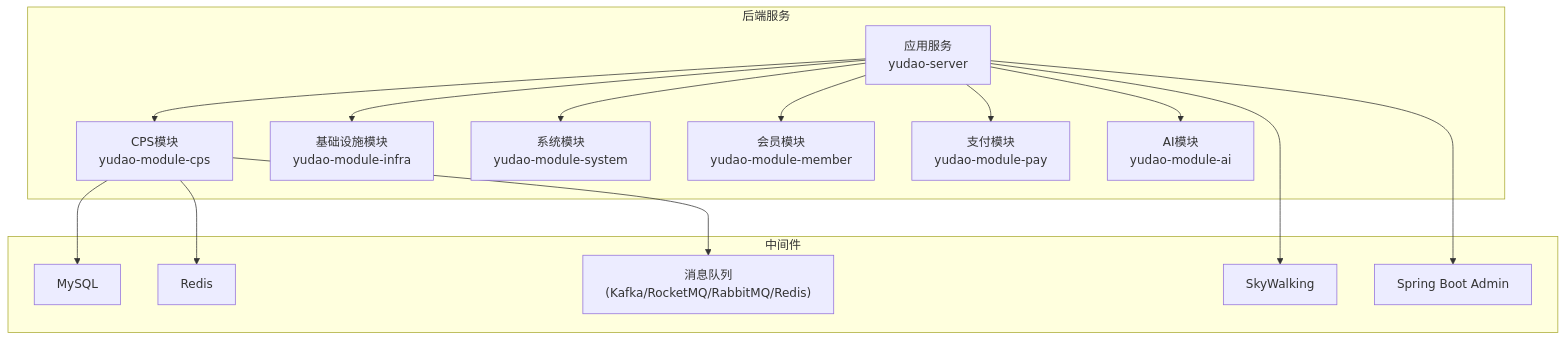
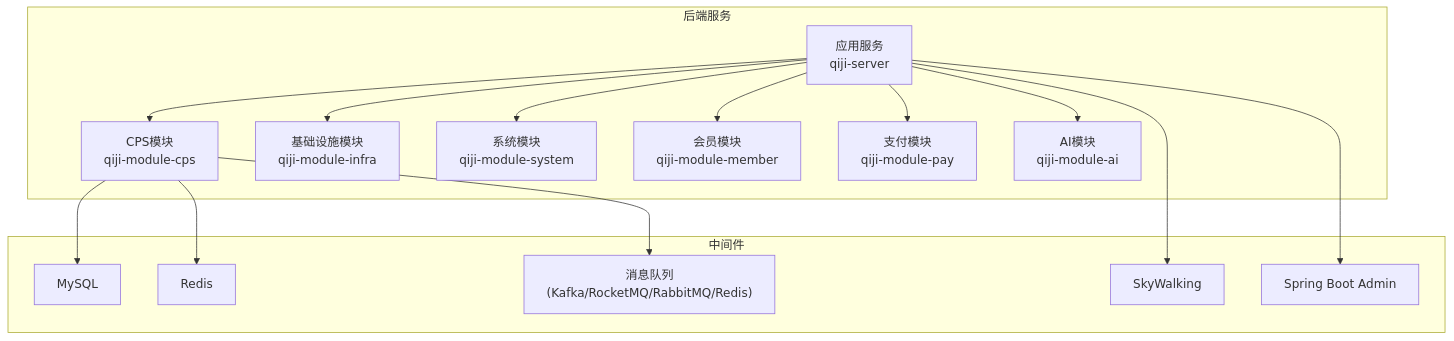
The first of 7 diagrams in backend/.qoder/repowiki/zh/content/开发指南/调试与问题排查.md (zhuangpengLI/AgenticCPS), drawn with Mermaid before and after one commit. The commit also changed other lines of this file and 3489 other files, not shown here.

````diff
--- a/backend/.qoder/repowiki/zh/content/开发指南/调试与问题排查.md
+++ b/backend/.qoder/repowiki/zh/content/开发指南/调试与问题排查.md
@@ -36,30 +36,30 @@
 ```mermaid
 graph TB
 subgraph "后端服务"
-App["应用服务<br/>yudao-server"]
-CPS["CPS模块<br/>yudao-module-cps"]
-Infra["基础设施模块<br/>yudao-module-infra"]
-System["系统模块<br/>yudao-module-system"]
-Member["会员模块<br/>yudao-module-member"]
-Pay["支付模块<br/>yudao-module-pay"]
-AI["AI模块<br/>yudao-module-ai"]
+App["应用服务<br/>qiji-server"]
+CPS["CPS模块<br/>qiji-module-cps"]
+Infra["基础设施模块<br/>qiji-module-infra"]
+System["系统模块<br/>qiji-module-system"]
+Member["会员模块<br/>qiji-module-member"]
+Pay["支付模块<br/>qiji-module-pay"]
+AI["AI模块<br/>qiji-module-ai"]
 end
 subgraph "中间件"
 DB["MySQL"]
 Redis["Redis"]
 MQ["消息队列(Kafka/RocketMQ/RabbitMQ/Redis)"]
 Sky["SkyWalking"]
 Admin["Spring Boot Admin"]
 end
 App --> CPS
 App --> Infra
 App --> System
 App --> Member
 App --> Pay
 App --> AI
 CPS --> DB
 CPS --> Redis
 CPS --> MQ
 App --> Sky
 App --> Admin
 ```
````
